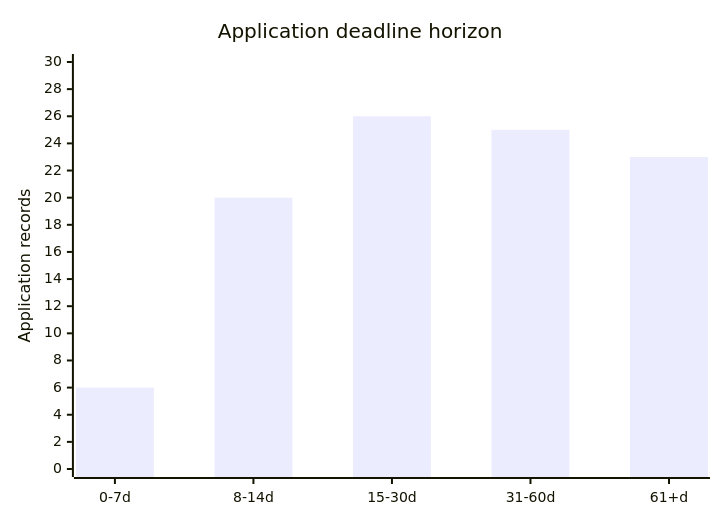
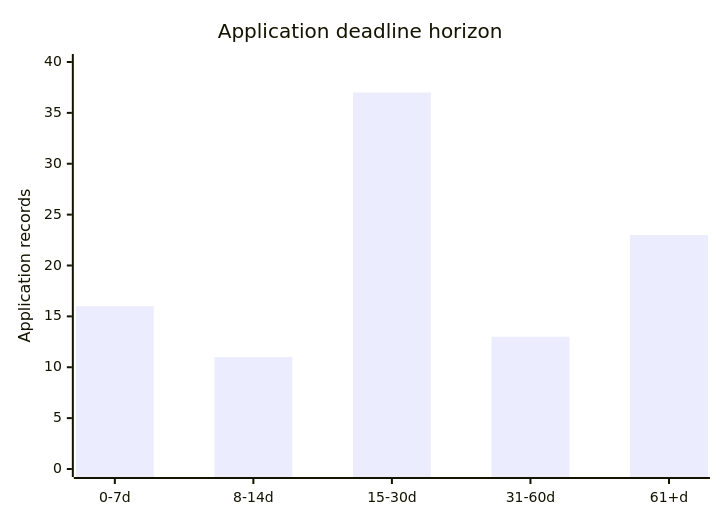
Before and after one commit to Armanasq/phd_tracker: the diagram in docs/diagrams/deadline_xy.mmd, drawn with Mermaid. The commit also changed 35 other files, not shown here.

```diff
--- a/docs/diagrams/deadline_xy.mmd
+++ b/docs/diagrams/deadline_xy.mmd
@@ -1,5 +1,5 @@
 xychart-beta
     title "Application deadline horizon"
     x-axis ["0-7d", "8-14d", "15-30d", "31-60d", "61+d"]
-    y-axis "Application records" 0 --> 30
-    bar [6, 20, 26, 25, 23]
+    y-axis "Application records" 0 --> 40
+    bar [16, 11, 37, 13, 23]
```
